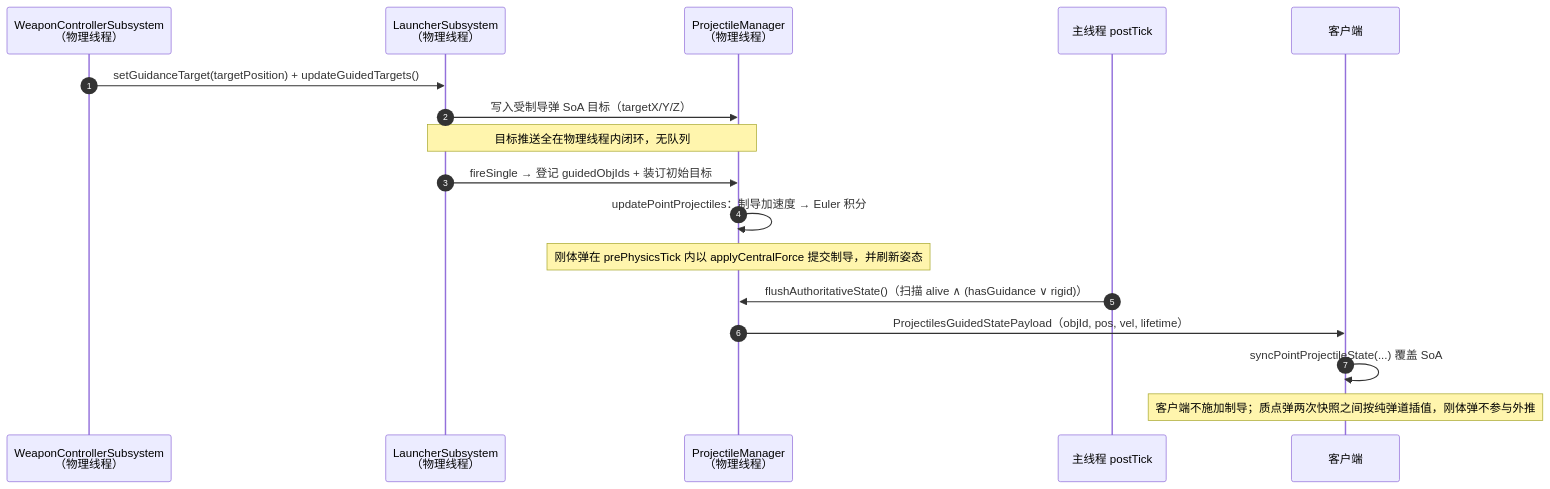
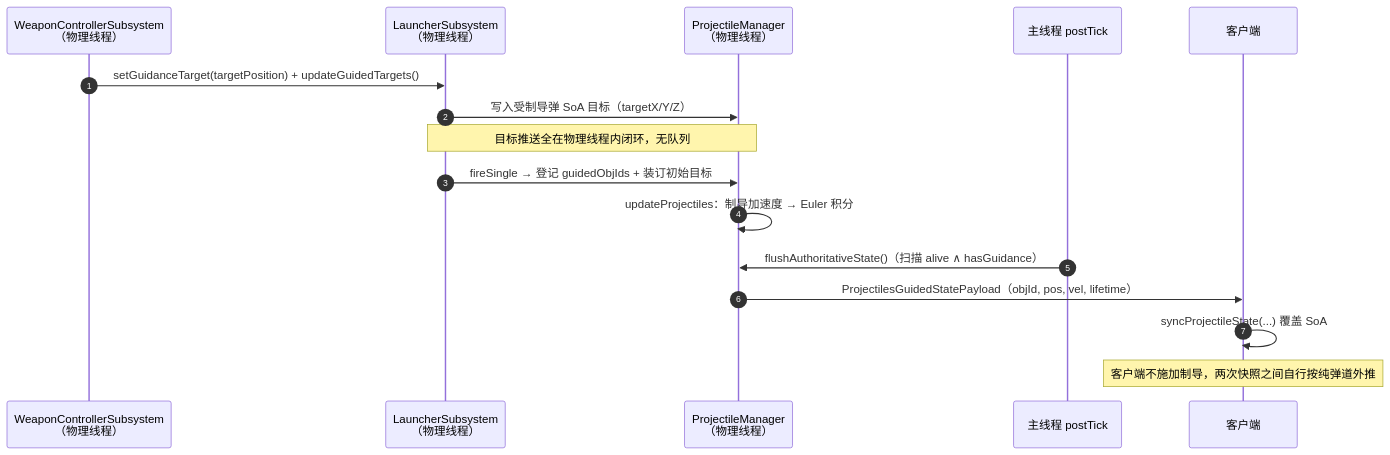
Before and after one commit to Sweetzonzi/Machine-Max: the diagram in docs/武器系统-制导组件实现备忘.md, drawn with Mermaid. The commit also changed other lines of this file and 10 other files, not shown here.

````diff
--- a/docs/武器系统-制导组件实现备忘.md
+++ b/docs/武器系统-制导组件实现备忘.md
@@ -335,20 +321,19 @@
 ```mermaid
 sequenceDiagram
     autonumber
     participant W as WeaponControllerSubsystem<br/>（物理线程）
     participant L as LauncherSubsystem<br/>（物理线程）
     participant M as ProjectileManager<br/>（物理线程）
     participant T as 主线程 postTick
     participant C as 客户端
 
     W->>L: setGuidanceTarget(targetPosition) + updateGuidedTargets()
     L->>M: 写入受制导弹 SoA 目标（targetX/Y/Z）
     Note over L,M: 目标推送全在物理线程内闭环，无队列
     L->>M: fireSingle → 登记 guidedObjIds + 装订初始目标
-    M->>M: updatePointProjectiles：制导加速度 → Euler 积分
-    Note over M: 刚体弹在 prePhysicsTick 内以 applyCentralForce 提交制导，并刷新姿态
-    T->>M: flushAuthoritativeState()（扫描 alive ∧ (hasGuidance ∨ rigid)）
+    M->>M: updateProjectiles：制导加速度 → Euler 积分
+    T->>M: flushAuthoritativeState()（扫描 alive ∧ hasGuidance）
     M->>C: ProjectilesGuidedStatePayload（objId, pos, vel, lifetime）
-    C->>C: syncPointProjectileState(...) 覆盖 SoA
-    Note over C: 客户端不施加制导；质点弹两次快照之间按纯弹道插值，刚体弹不参与外推
+    C->>C: syncProjectileState(...) 覆盖 SoA
+    Note over C: 客户端不施加制导，两次快照之间自行按纯弹道外推
 ```
````
